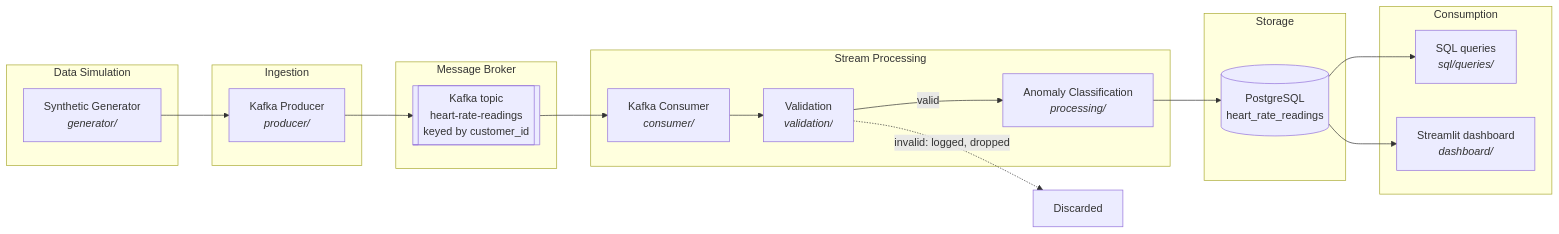
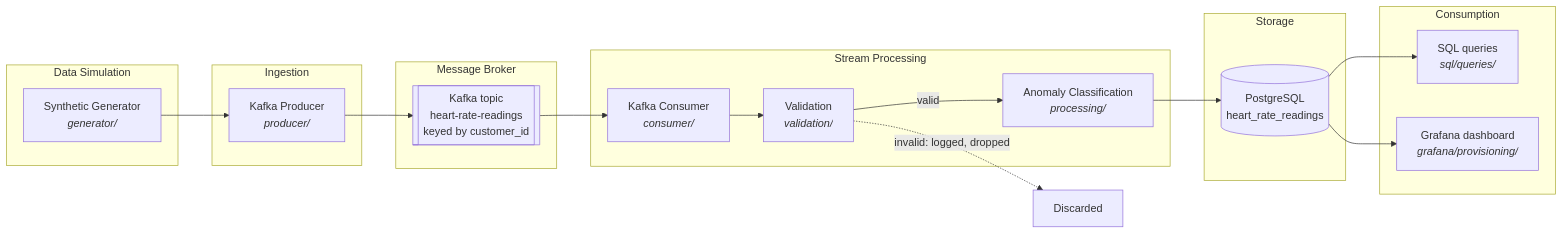
One commit to Latiah/Heart_Beat_Monitoring_System changed the first of 3 diagrams in docs/architecture/architecture.md. Above: the diagram before and after it, drawn with Mermaid. The commit also changed other lines of this file and 7 other files, not shown here.

````diff
--- a/docs/architecture/architecture.md
+++ b/docs/architecture/architecture.md
@@ -16,35 +16,35 @@
 ```mermaid
 flowchart LR
     subgraph GEN["Data Simulation"]
         A["Synthetic Generator<br/><i>generator/</i>"]
     end
 
     subgraph ING["Ingestion"]
         B["Kafka Producer<br/><i>producer/</i>"]
     end
 
     subgraph BUS["Message Broker"]
         C[["Kafka topic<br/>heart-rate-readings<br/>keyed by customer_id"]]
     end
 
     subgraph PROC["Stream Processing"]
         D["Kafka Consumer<br/><i>consumer/</i>"]
         E["Validation<br/><i>validation/</i>"]
         F["Anomaly Classification<br/><i>processing/</i>"]
     end
 
     subgraph STORE["Storage"]
         G[("PostgreSQL<br/>heart_rate_readings")]
     end
 
     subgraph OUT["Consumption"]
         H["SQL queries<br/><i>sql/queries/</i>"]
-        I["Streamlit dashboard<br/><i>dashboard/</i>"]
+        I["Grafana dashboard<br/><i>grafana/provisioning/</i>"]
     end
 
     A --> B --> C --> D --> E
     E -->|valid| F --> G
     E -.->|invalid: logged, dropped| X["Discarded"]
     G --> H
     G --> I
 ```
````
